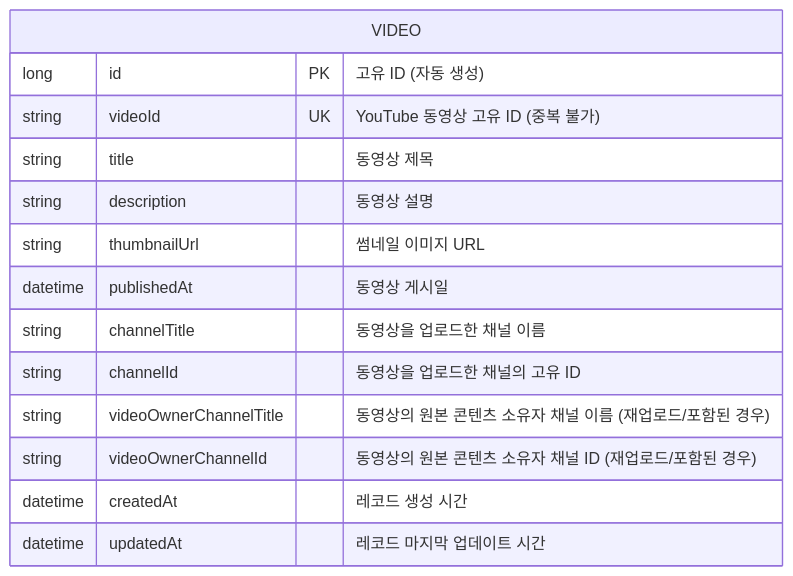
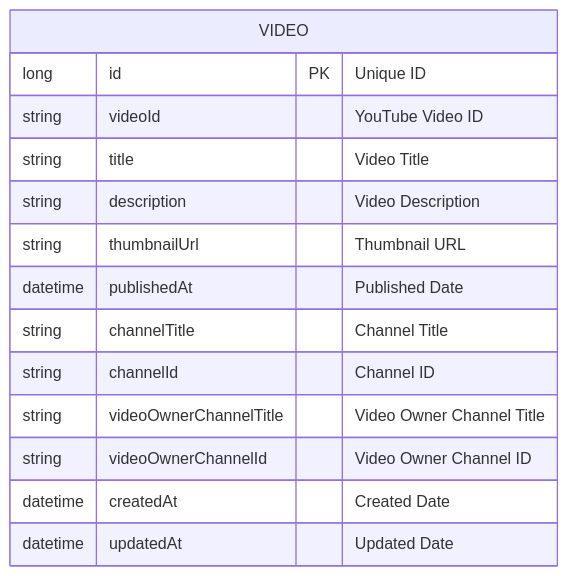
Before and after one commit to LEEKYOUNGHWA/LEEKYOUNGHWA.github.io: the second of 2 diagrams in src/posts/2025/youtubeplaylistsearch.md, drawn with Mermaid. The commit also changed other lines of this file and 3 other files, not shown here.

````diff
--- a/src/posts/2025/youtubeplaylistsearch.md
+++ b/src/posts/2025/youtubeplaylistsearch.md
@@ -183,17 +183,17 @@
 ```mermaid
 erDiagram
     VIDEO {
-        long id PK "고유 ID (자동 생성)"
-        string videoId UK "YouTube 동영상 고유 ID (중복 불가)"
-        string title "동영상 제목"
-        string description "동영상 설명"
-        string thumbnailUrl "썸네일 이미지 URL"
-        datetime publishedAt "동영상 게시일"
-        string channelTitle "동영상을 업로드한 채널 이름"
-        string channelId "동영상을 업로드한 채널의 고유 ID"
-        string videoOwnerChannelTitle "동영상의 원본 콘텐츠 소유자 채널 이름 (재업로드/포함된 경우)"
-        string videoOwnerChannelId "동영상의 원본 콘텐츠 소유자 채널 ID (재업로드/포함된 경우)"
-        datetime createdAt "레코드 생성 시간"
-        datetime updatedAt "레코드 마지막 업데이트 시간"
+        long id PK "Unique ID"
+        string videoId "YouTube Video ID"
+        string title "Video Title"
+        string description "Video Description"
+        string thumbnailUrl "Thumbnail URL"
+        datetime publishedAt "Published Date"
+        string channelTitle "Channel Title"
+        string channelId "Channel ID"
+        string videoOwnerChannelTitle "Video Owner Channel Title"
+        string videoOwnerChannelId "Video Owner Channel ID"
+        datetime createdAt "Created Date"
+        datetime updatedAt "Updated Date"
     }
 ```
````
